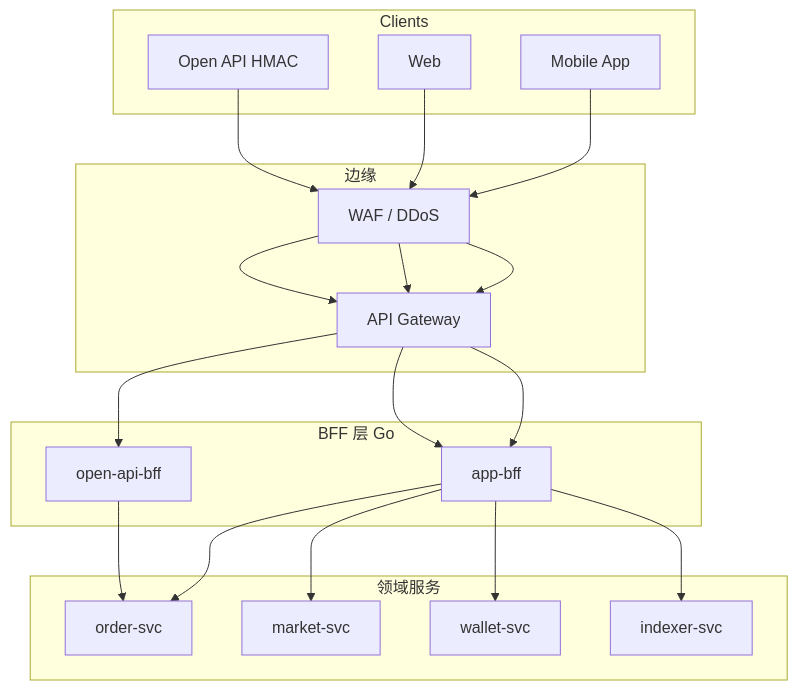
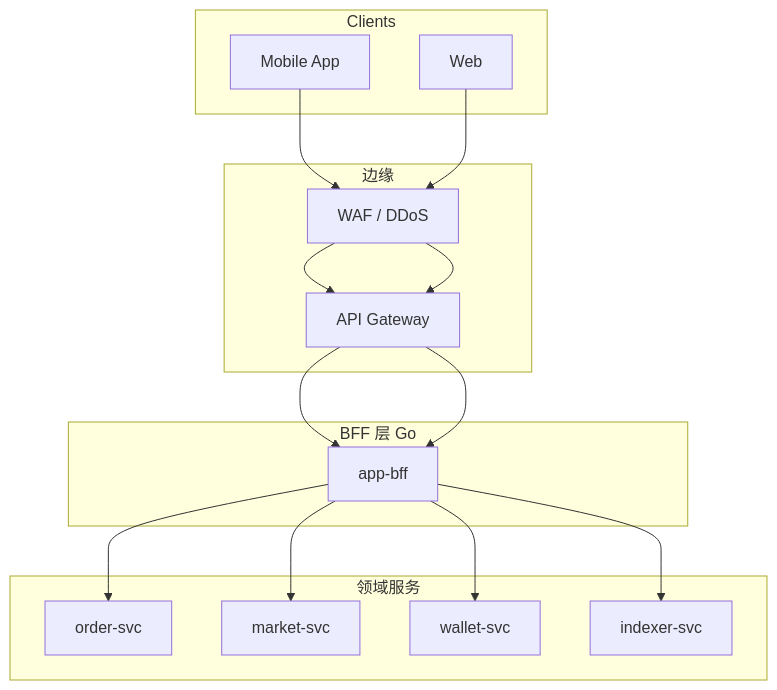
The first of 2 diagrams in docs/interview/15-microservices-exchange/S-MSVC-05-gateway-bff-traffic.md (twodog-tt/Golang-development-manual), drawn with Mermaid before and after one commit. The commit also changed other lines of this file and 15 other files, not shown here.

Commit message:
feat: add interactive Mermaid viewer

````diff
--- a/docs/interview/15-microservices-exchange/S-MSVC-05-gateway-bff-traffic.md
+++ b/docs/interview/15-microservices-exchange/S-MSVC-05-gateway-bff-traffic.md
@@ -33,30 +35,26 @@
 ```mermaid
 flowchart TB
   subgraph Clients
     App[Mobile App]
     Web[Web]
-    APIKey[Open API HMAC]
   end
   subgraph Edge[边缘]
     WAF[WAF / DDoS]
     GW[API Gateway]
   end
   subgraph BFFLayer[BFF 层 Go]
     AppBFF[app-bff]
-    OpenBFF[open-api-bff]
   end
   subgraph Services[领域服务]
     Order[order-svc]
     Market[market-svc]
     Wallet[wallet-svc]
     Idx[indexer-svc]
   end
   App --> WAF --> GW --> AppBFF
   Web --> WAF --> GW --> AppBFF
-  APIKey --> WAF --> GW --> OpenBFF
   AppBFF --> Order
   AppBFF --> Market
-  OpenBFF --> Order
   AppBFF --> Wallet
   AppBFF --> Idx
 ```
````
